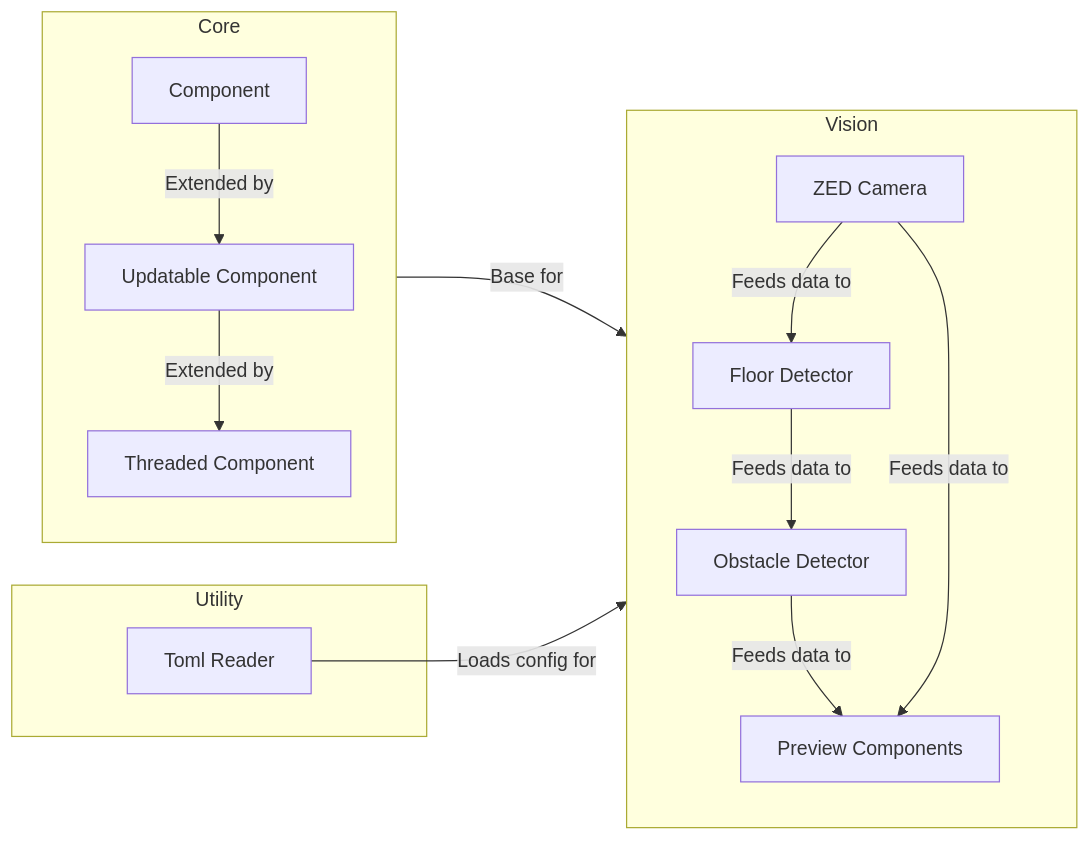
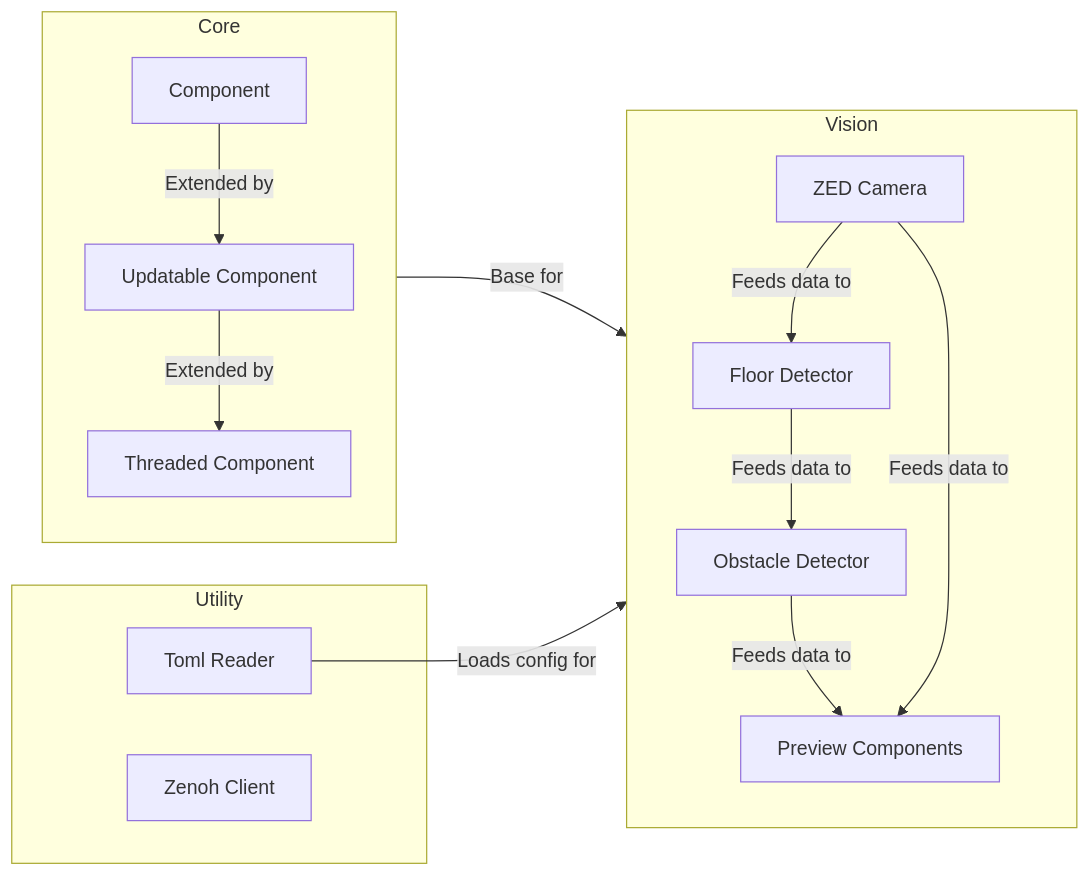
One commit to kasper-szczerba/autonomous_control_system_wiki changed the diagram in docs/codebase/index.md. Above: the diagram before and after it, drawn with Mermaid. The commit also changed 3 other files, not shown here.

Commit message:
added zenoh client

````diff
--- a/docs/codebase/index.md
+++ b/docs/codebase/index.md
@@ -7,30 +7,31 @@
 ```mermaid
 graph LR
     subgraph core["Core"]
         component["Component"]
         updatable["Updatable Component"]
         threaded["Threaded Component"]
 
         component -->|Extended by| updatable
         updatable -->|Extended by| threaded
     end
 
     subgraph utility["Utility"]
         toml["Toml Reader"]
+        zenoh["Zenoh Client"]
     end
 
     subgraph vision["Vision"]
         zed["ZED Camera"]
         floor["Floor Detector"]
         obstacle["Obstacle Detector"]
         previews["Preview Components"]
 
         zed -->|Feeds data to| floor
         floor -->|Feeds data to| obstacle
         obstacle -->|Feeds data to| previews
         zed -->|Feeds data to| previews
     end
 
     core -->|Base for| vision
     toml -->|Loads config for| vision
 ```
````
